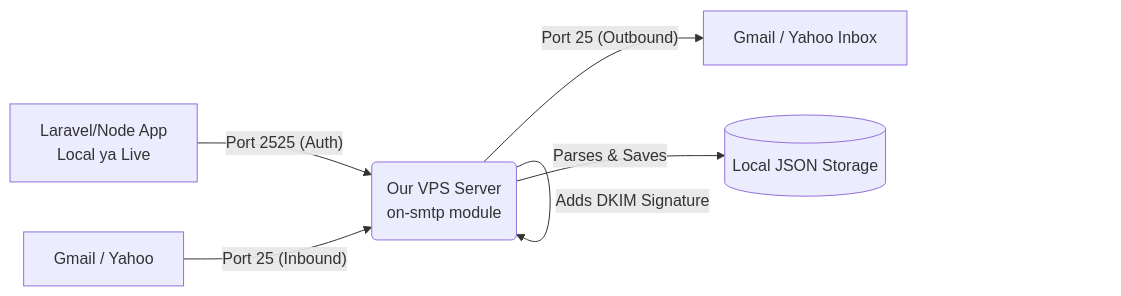
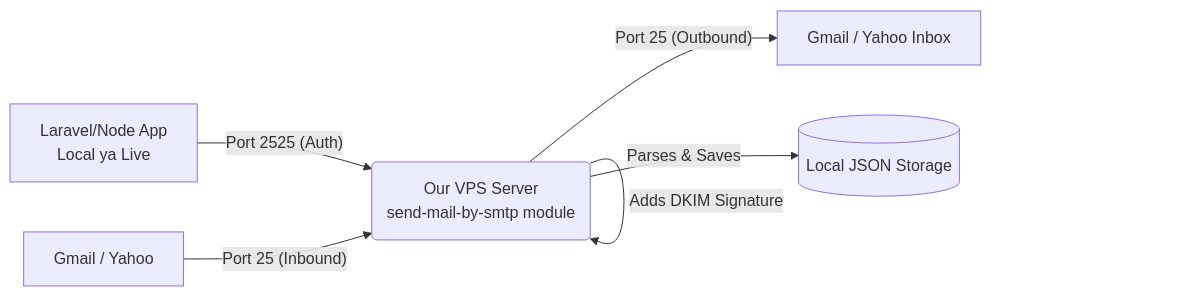
The first of 3 diagrams in README.md (HassanAmeer/temp-email-vps), drawn with Mermaid before and after one commit. The commit also changed other lines of this file and 22 other files, not shown here.

Commit message:
Refactor: Rename internal backend subfolders to be more descriptive (rmail -> receive-mail, smail -> send-mail, on-smtp -> send-mail-by-smtp) and update all codebase references

````diff
--- a/README.md
+++ b/README.md
@@ -21,9 +21,9 @@
 ```mermaid
 graph LR
-    A[Laravel/Node App<br>Local ya Live] -- "Port 2525 (Auth)" --> B(Our VPS Server<br>on-smtp module)
+    A[Laravel/Node App<br>Local ya Live] -- "Port 2525 (Auth)" --> B(Our VPS Server<br>send-mail-by-smtp module)
     B -- "Adds DKIM Signature" --> B
     B -- "Port 25 (Outbound)" --> C[Gmail / Yahoo Inbox]
     
     D[Gmail / Yahoo] -- "Port 25 (Inbound)" --> B
     B -- "Parses & Saves" --> E[(Local JSON Storage)]
 ```
````
